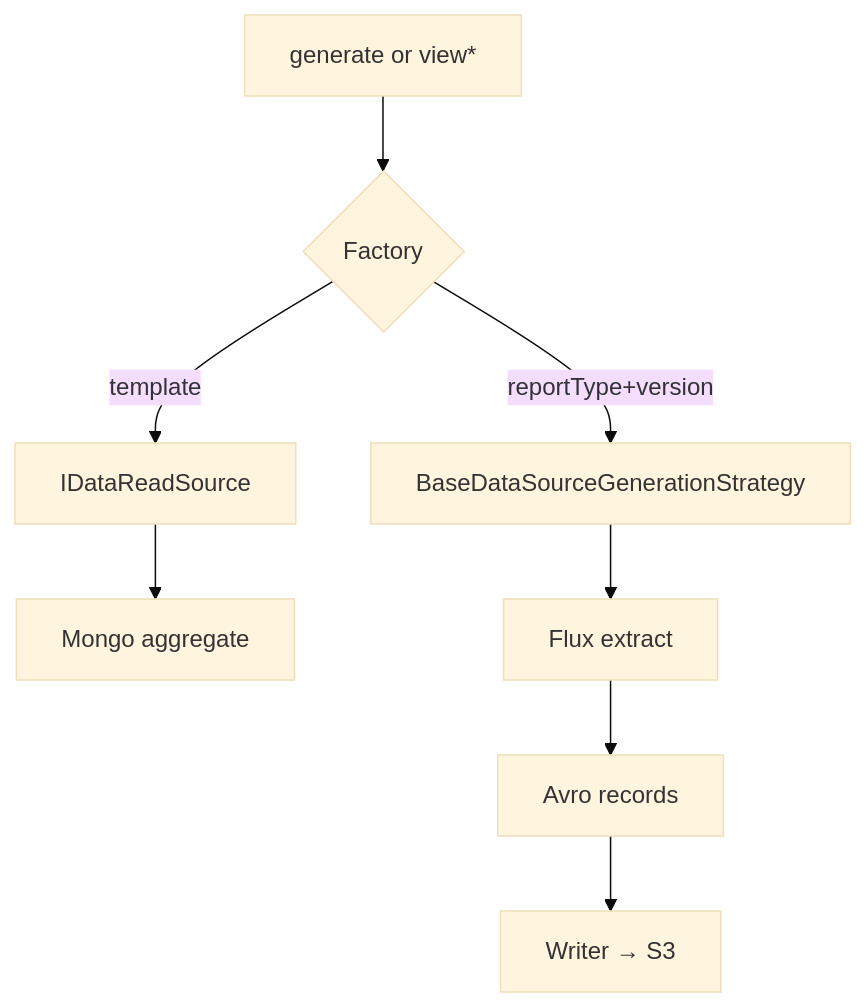
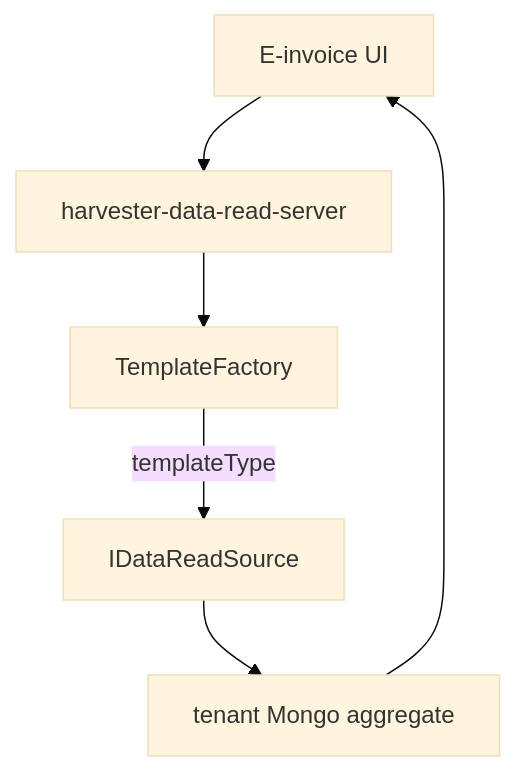
The diagram in Resume/ClearTax/01 - Data Harvester.md (zekkrron/cs-knowledge-base), drawn with Mermaid (base theme) before and after one commit. The commit also changed other lines of this file and 25 other files, not shown here.

````diff
--- a/Resume/ClearTax/01 - Data Harvester.md
+++ b/Resume/ClearTax/01 - Data Harvester.md
@@ -57,10 +82,8 @@
 ```mermaid
 flowchart TD
-    Req[generate or view*] --> Fac{Factory}
-    Fac -->|template| BFF[IDataReadSource]
-    Fac -->|reportType+version| Rep[BaseDataSourceGenerationStrategy]
-    BFF --> Agg[Mongo aggregate]
-    Rep --> Flux[Flux extract]
-    Flux --> Avro[Avro records]
-    Avro --> W[Writer → S3]
+  UI[E-invoice UI] --> BFF[harvester-data-read-server]
+  BFF --> TF[TemplateFactory]
+  TF -->|templateType| Src[IDataReadSource]
+  Src --> Agg[tenant Mongo aggregate]
+  Agg --> UI
 ```
````
